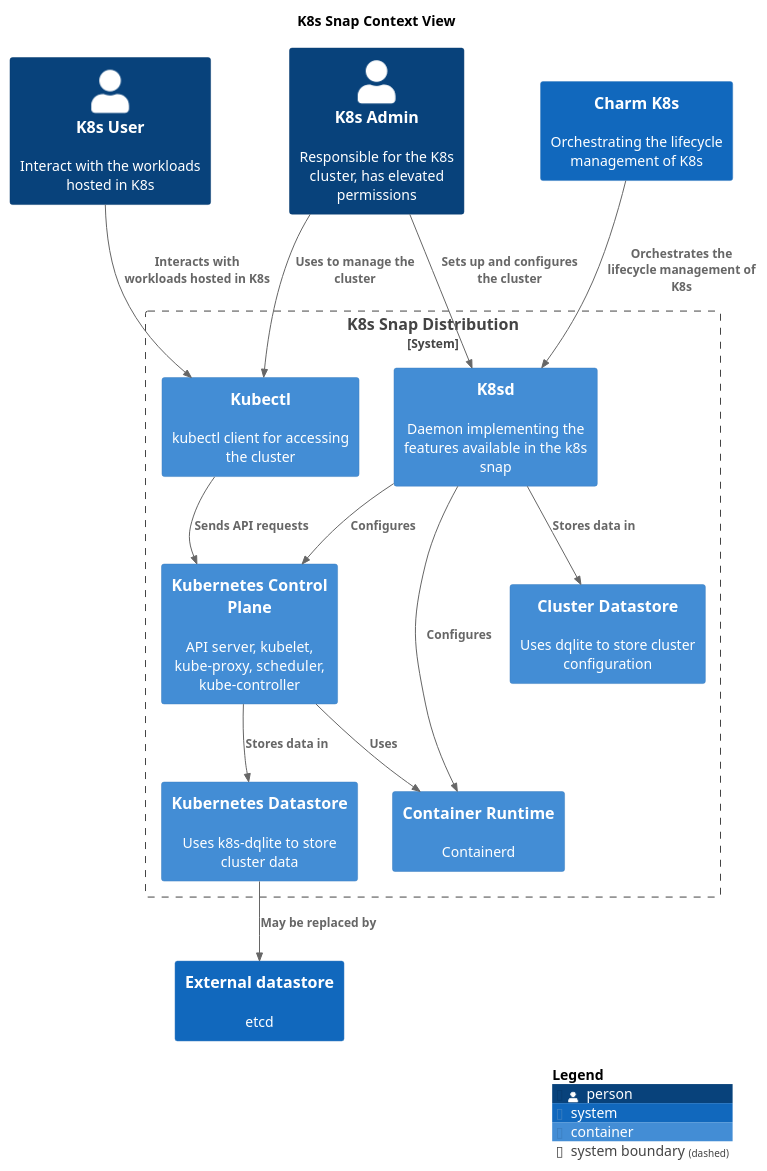
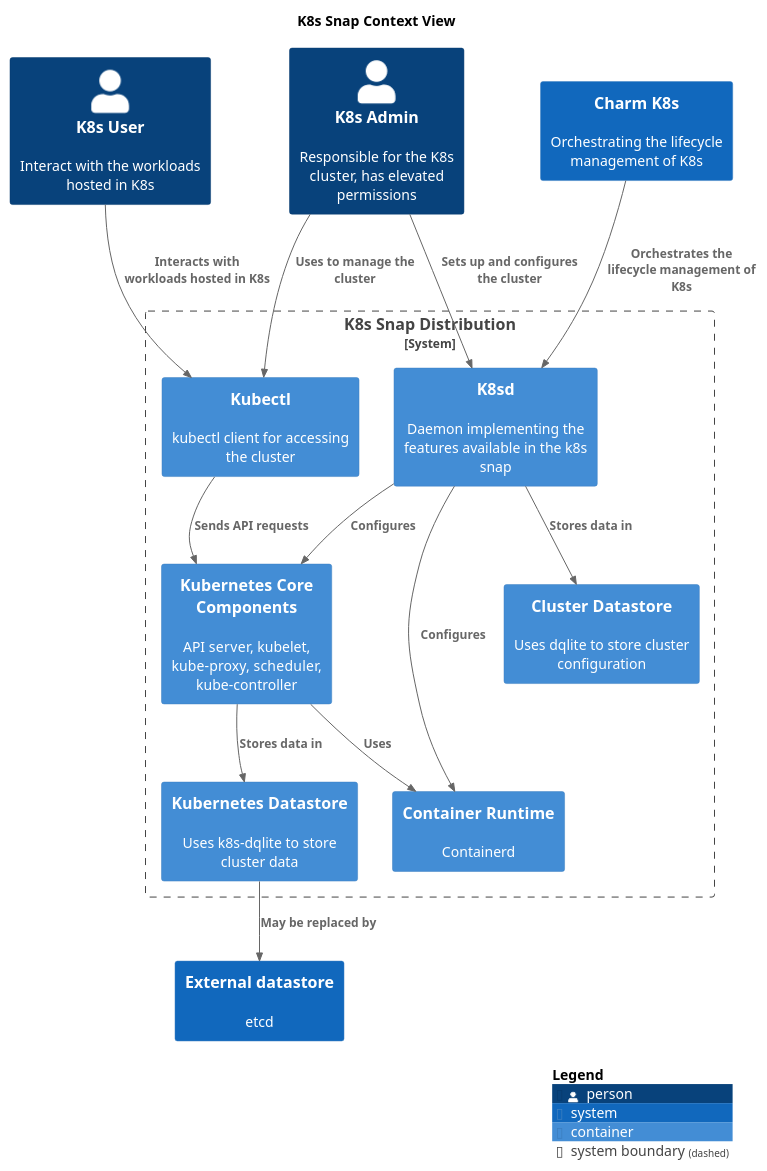
The diagram in docs/canonicalk8s/assets/k8s-container.puml (canonical/k8s-snap), drawn with PlantUML before and after one commit. The commit also changed 3 other files, not shown here.

Commit message:
update diagrams

```diff
--- a/docs/canonicalk8s/assets/k8s-container.puml
+++ b/docs/canonicalk8s/assets/k8s-container.puml
@@ -1,38 +1,38 @@
 @startuml
 set separator none
 title K8s Snap Context View
 
 top to bottom direction
 
 !include <C4/C4>
 !include <C4/C4_Context>
 !include <C4/C4_Container>
 
 Person(K8sAdmin, "K8s Admin", $descr="Responsible for the K8s cluster, has elevated permissions", $tags="", $link="")
 Person(K8sUser, "K8s User", $descr="Interact with the workloads hosted in K8s", $tags="", $link="")
 System(CharmK8s, "Charm K8s", $descr="Orchestrating the lifecycle management of K8s", $tags="", $link="")
 System(Externaldatastore, "External datastore", $descr="etcd", $tags="", $link="")
 
 System_Boundary("K8sSnapDistribution_boundary", "K8s Snap Distribution", $tags="") {
-  Container(K8sSnapDistribution.KubernetesControlPlane, "Kubernetes Control Plane", $techn="", $descr="API server, kubelet, kube-proxy, scheduler, kube-controller", $tags="", $link="")
+  Container(K8sSnapDistribution.KubernetesCoreComponents, "Kubernetes Core Components", $techn="", $descr="API server, kubelet, kube-proxy, scheduler, kube-controller", $tags="", $link="")
   Container(K8sSnapDistribution.ContainerRuntime, "Container Runtime", $techn="", $descr="Containerd", $tags="", $link="")
   Container(K8sSnapDistribution.K8sd, "K8sd", $techn="", $descr="Daemon implementing the features available in the k8s snap", $tags="", $link="")
   Container(K8sSnapDistribution.K8sddatastore, "Cluster Datastore", $techn="", $descr="Uses dqlite to store cluster configuration", $tags="", $link="")
   Container(K8sSnapDistribution.Kubectl, "Kubectl", $techn="", $descr="kubectl client for accessing the cluster", $tags="", $link="")
   Container(K8sSnapDistribution.Kubernetesdatastore, "Kubernetes Datastore", $techn="", $descr="Uses k8s-dqlite to store cluster data", $tags="", $link="")
 }
 
 Rel(K8sAdmin, K8sSnapDistribution.K8sd, "Sets up and configures the cluster", $techn="", $tags="", $link="")
 Rel(K8sAdmin, K8sSnapDistribution.Kubectl, "Uses to manage the cluster", $techn="", $tags="", $link="")
 Rel(K8sUser, K8sSnapDistribution.Kubectl, "Interacts with workloads hosted in K8s", $techn="", $tags="", $link="")
 Rel(CharmK8s, K8sSnapDistribution.K8sd, "Orchestrates the lifecycle management of K8s", $techn="", $tags="", $link="")
 Rel(K8sSnapDistribution.K8sd, K8sSnapDistribution.K8sddatastore, "Stores data in", $techn="", $tags="", $link="")
-Rel(K8sSnapDistribution.KubernetesControlPlane, K8sSnapDistribution.Kubernetesdatastore, "Stores data in", $techn="", $tags="", $link="")
+Rel(K8sSnapDistribution.KubernetesCoreComponents, K8sSnapDistribution.Kubernetesdatastore, "Stores data in", $techn="", $tags="", $link="")
 Rel(K8sSnapDistribution.Kubernetesdatastore, Externaldatastore, "May be replaced by", $techn="", $tags="", $link="")
-Rel(K8sSnapDistribution.K8sd, K8sSnapDistribution.KubernetesControlPlane, "Configures", $techn="", $tags="", $link="")
-Rel(K8sSnapDistribution.KubernetesControlPlane, K8sSnapDistribution.ContainerRuntime, "Uses", $techn="", $tags="", $link="")
-Rel(K8sSnapDistribution.Kubectl, K8sSnapDistribution.KubernetesControlPlane, "Sends API requests", $techn="", $tags="", $link="")
+Rel(K8sSnapDistribution.K8sd, K8sSnapDistribution.KubernetesCoreComponents, "Configures", $techn="", $tags="", $link="")
+Rel(K8sSnapDistribution.KubernetesCoreComponents, K8sSnapDistribution.ContainerRuntime, "Uses", $techn="", $tags="", $link="")
+Rel(K8sSnapDistribution.Kubectl, K8sSnapDistribution.KubernetesCoreComponents, "Sends API requests", $techn="", $tags="", $link="")
 Rel(K8sSnapDistribution.K8sd, K8sSnapDistribution.ContainerRuntime, "Configures", $techn="", $tags="", $link="")
 
 SHOW_LEGEND(true)
 @enduml
```
